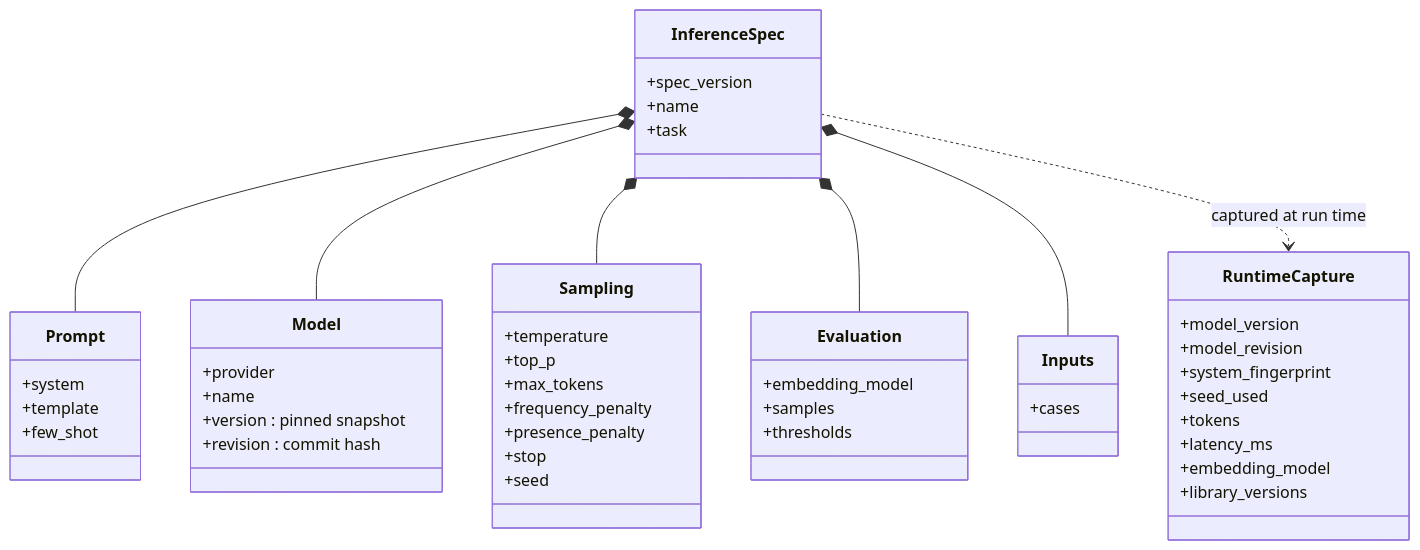
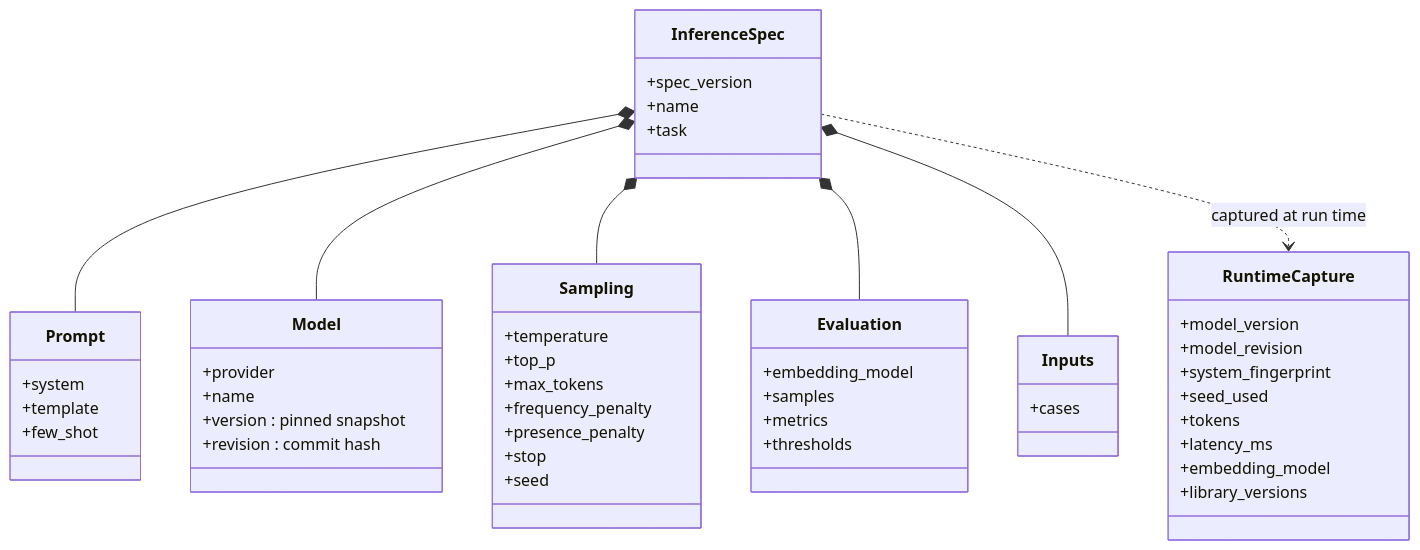
One commit to theflyingrahul/dow changed the second of 3 diagrams in PROJECT_PLAN.md. Above: the diagram before and after it, drawn with Mermaid. The commit also changed other lines of this file and 18 other files, not shown here.

````diff
--- a/PROJECT_PLAN.md
+++ b/PROJECT_PLAN.md
@@ -130,52 +133,53 @@
 ```mermaid
 classDiagram
     class InferenceSpec {
       +spec_version
       +name
       +task
     }
     class Prompt {
       +system
       +template
       +few_shot
     }
     class Model {
       +provider
       +name
       +version : pinned snapshot
       +revision : commit hash
     }
     class Sampling {
       +temperature
       +top_p
       +max_tokens
       +frequency_penalty
       +presence_penalty
       +stop
       +seed
     }
     class Evaluation {
       +embedding_model
       +samples
+      +metrics
       +thresholds
     }
     class Inputs {
       +cases
     }
     class RuntimeCapture {
       +model_version
       +model_revision
       +system_fingerprint
       +seed_used
       +tokens
       +latency_ms
       +embedding_model
       +library_versions
     }
     InferenceSpec *-- Prompt
     InferenceSpec *-- Model
     InferenceSpec *-- Sampling
     InferenceSpec *-- Evaluation
     InferenceSpec *-- Inputs
     InferenceSpec ..> RuntimeCapture : captured at run time
 ```
````
